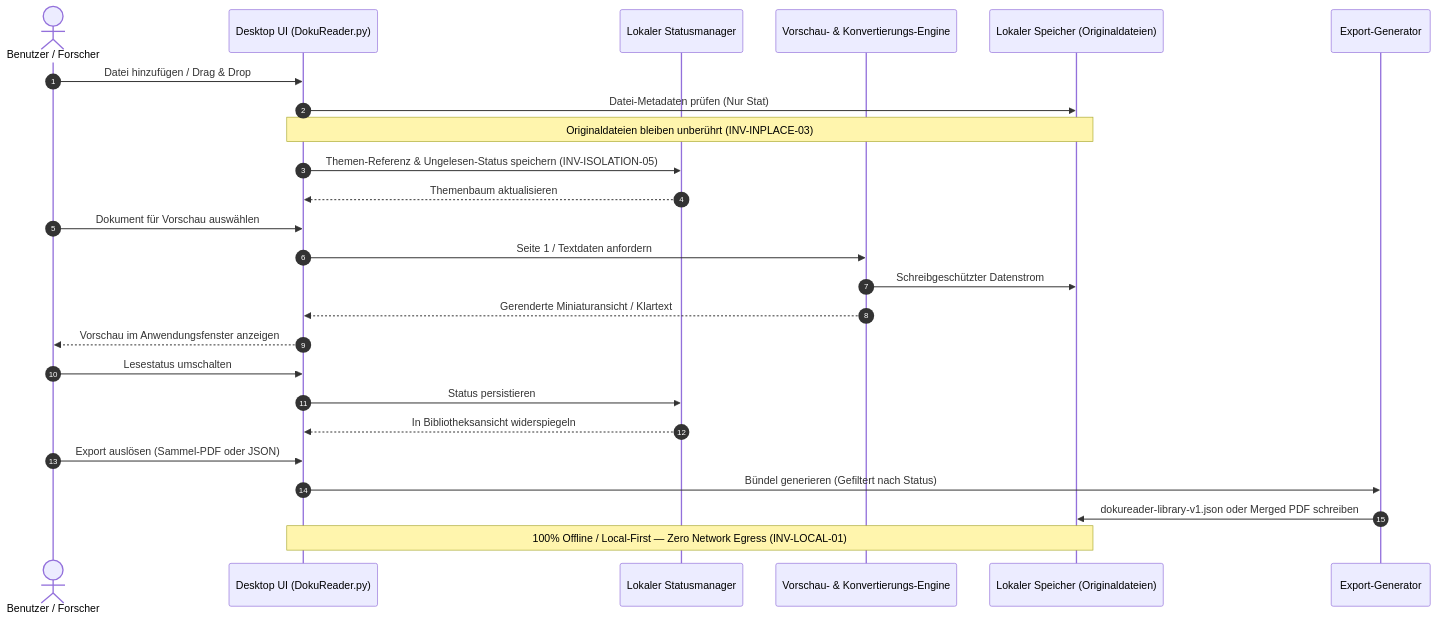
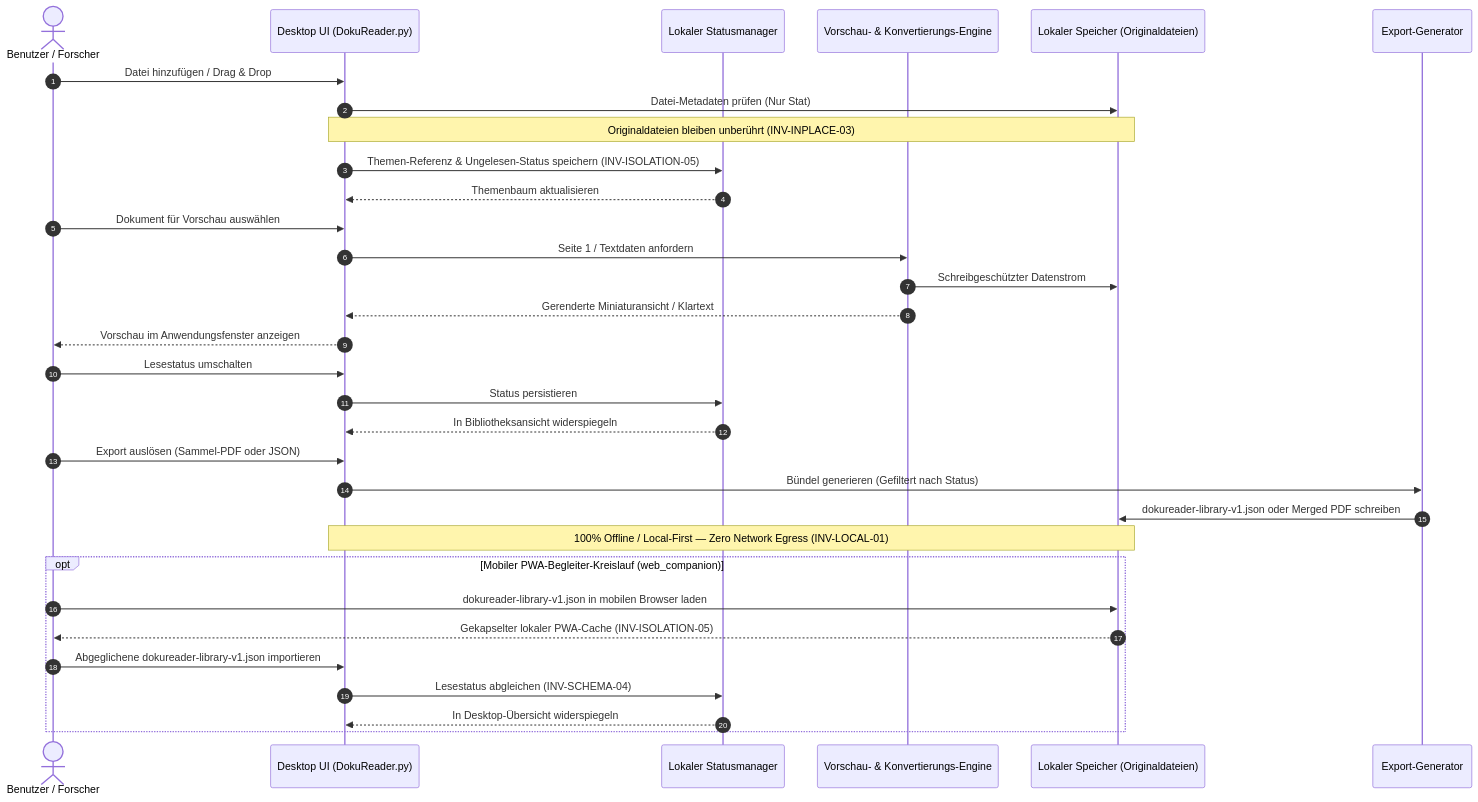
Before and after one commit to doc-bricks/DokuReader: the second of 2 diagrams in README_de.md, drawn with Mermaid. The commit also changed other lines of this file and 6 other files, not shown here.

Commit message:
docs(marketing): Pfad B PWA companion lifecycle sequence, Level 1 SBOM Stand 2026-11-01 & contract tests (v1.0.1-dev frozen) [G 2026-11-01]

````diff
--- a/README_de.md
+++ b/README_de.md
@@ -271,31 +271,39 @@
 ```mermaid
 sequenceDiagram
     autonumber
     actor User as Benutzer / Forscher
     participant UI as Desktop UI (DokuReader.py)
     participant State as Lokaler Statusmanager
     participant Engine as Vorschau- & Konvertierungs-Engine
     participant Disk as Lokaler Speicher (Originaldateien)
     participant Output as Export-Generator
 
     User->>UI: Datei hinzufügen / Drag & Drop
     UI->>Disk: Datei-Metadaten prüfen (Nur Stat)
     Note over UI,Disk: Originaldateien bleiben unberührt (INV-INPLACE-03)
     UI->>State: Themen-Referenz & Ungelesen-Status speichern (INV-ISOLATION-05)
     State-->>UI: Themenbaum aktualisieren
 
     User->>UI: Dokument für Vorschau auswählen
     UI->>Engine: Seite 1 / Textdaten anfordern
     Engine->>Disk: Schreibgeschützter Datenstrom
     Engine-->>UI: Gerenderte Miniaturansicht / Klartext
     UI-->>User: Vorschau im Anwendungsfenster anzeigen
 
     User->>UI: Lesestatus umschalten
     UI->>State: Status persistieren
     State-->>UI: In Bibliotheksansicht widerspiegeln
 
     User->>UI: Export auslösen (Sammel-PDF oder JSON)
     UI->>Output: Bündel generieren (Gefiltert nach Status)
     Output->>Disk: dokureader-library-v1.json oder Merged PDF schreiben
     Note over UI,Disk: 100% Offline / Local-First — Zero Network Egress (INV-LOCAL-01)
+
+    opt Mobiler PWA-Begleiter-Kreislauf (web_companion)
+        User->>Disk: dokureader-library-v1.json in mobilen Browser laden
+        Disk-->>User: Gekapselter lokaler PWA-Cache (INV-ISOLATION-05)
+        User->>UI: Abgeglichene dokureader-library-v1.json importieren
+        UI->>State: Lesestatus abgleichen (INV-SCHEMA-04)
+        State-->>UI: In Desktop-Übersicht widerspiegeln
+    end
 ```
````
